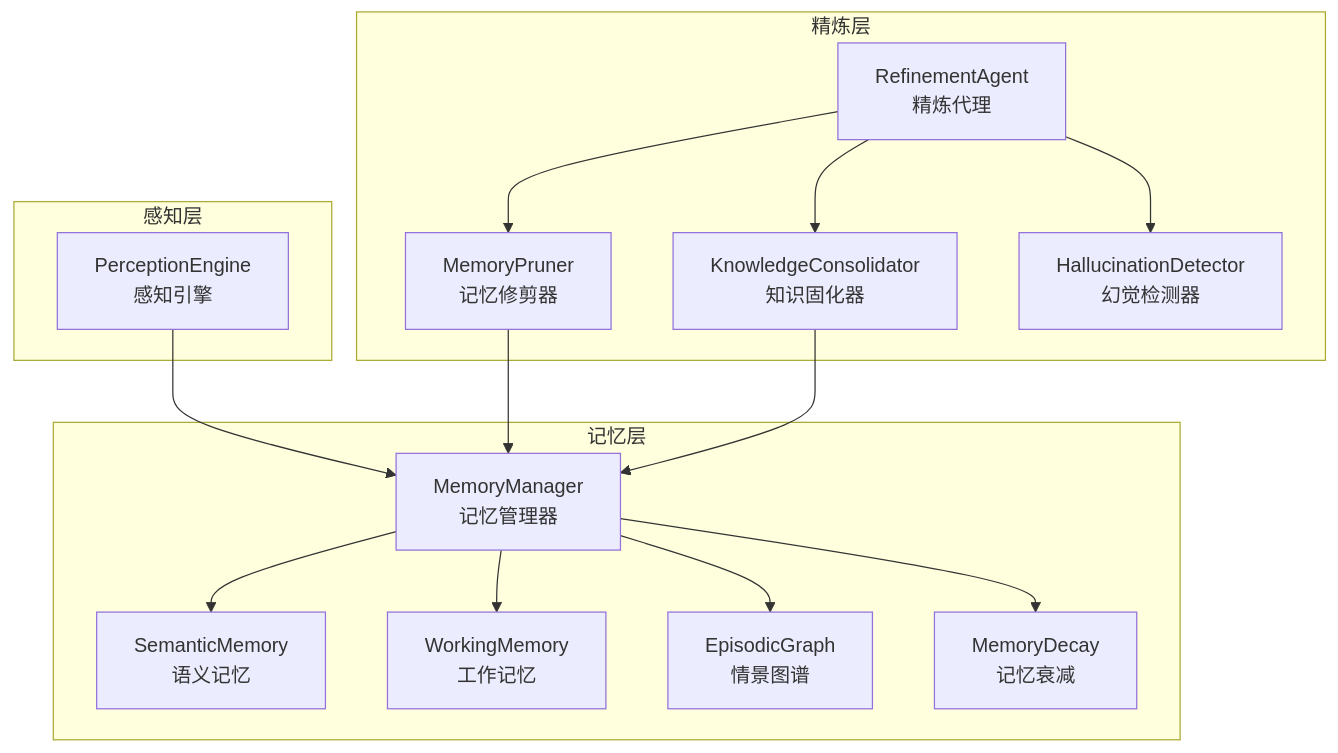
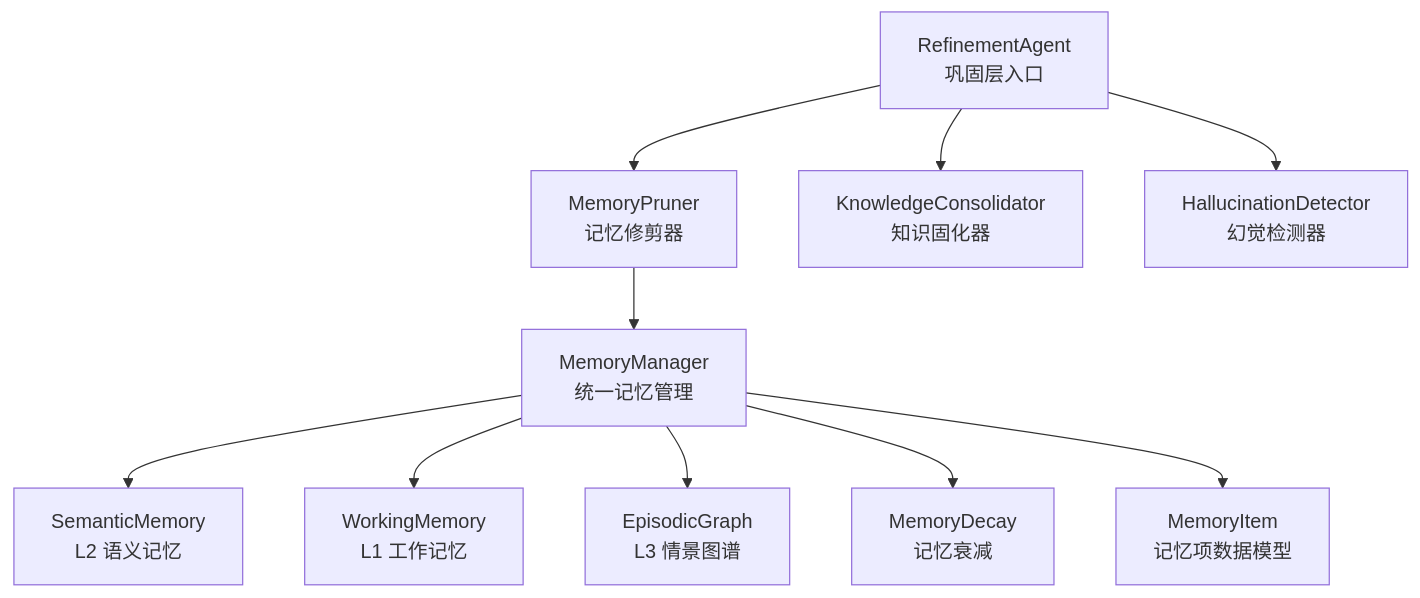
Before and after one commit to JieGaoPrinceton/NecoRAG: the first of 7 diagrams in .qoder/repowiki/zh/content/巩固层模块/记忆修剪系统.md, drawn with Mermaid. The commit also changed other lines of this file and 181 other files, not shown here.

````diff
--- a/.qoder/repowiki/zh/content/巩固层模块/记忆修剪系统.md
+++ b/.qoder/repowiki/zh/content/巩固层模块/记忆修剪系统.md
@@ -40,29 +33,12 @@
 ```mermaid
 graph TB
-subgraph "精炼层"
-RA[RefinementAgent<br/>精炼代理]
-MP[MemoryPruner<br/>记忆修剪器]
-KC[KnowledgeConsolidator<br/>知识固化器]
-HD[HallucinationDetector<br/>幻觉检测器]
-end
-subgraph "记忆层"
-MM[MemoryManager<br/>记忆管理器]
-SM[SemanticMemory<br/>语义记忆]
-WM[WorkingMemory<br/>工作记忆]
-EG[EpisodicGraph<br/>情景图谱]
-MD[MemoryDecay<br/>记忆衰减]
-end
-subgraph "感知层"
-PE[PerceptionEngine<br/>感知引擎]
-end
-PE --> MM
-MM --> SM
-MM --> WM
-MM --> EG
-RA --> MP
-RA --> KC
-RA --> HD
-MP --> MM
-KC --> MM
-MM --> MD
+RA["RefinementAgent<br/>巩固层入口"] --> MP["MemoryPruner<br/>记忆修剪器"]
+RA --> KC["KnowledgeConsolidator<br/>知识固化器"]
+RA --> HD["HallucinationDetector<br/>幻觉检测器"]
+MP --> MM["MemoryManager<br/>统一记忆管理"]
+MM --> SM["SemanticMemory<br/>L2 语义记忆"]
+MM --> WM["WorkingMemory<br/>L1 工作记忆"]
+MM --> EG["EpisodicGraph<br/>L3 情景图谱"]
+MM --> MD["MemoryDecay<br/>记忆衰减"]
+MM --> MI["MemoryItem<br/>记忆项数据模型"]
 ```
````
